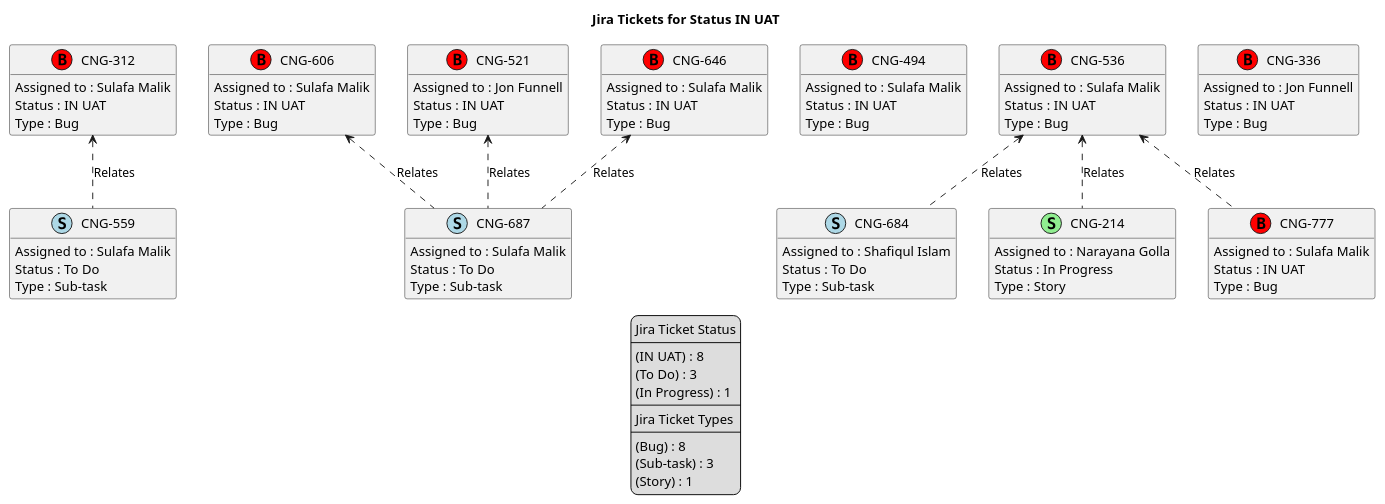
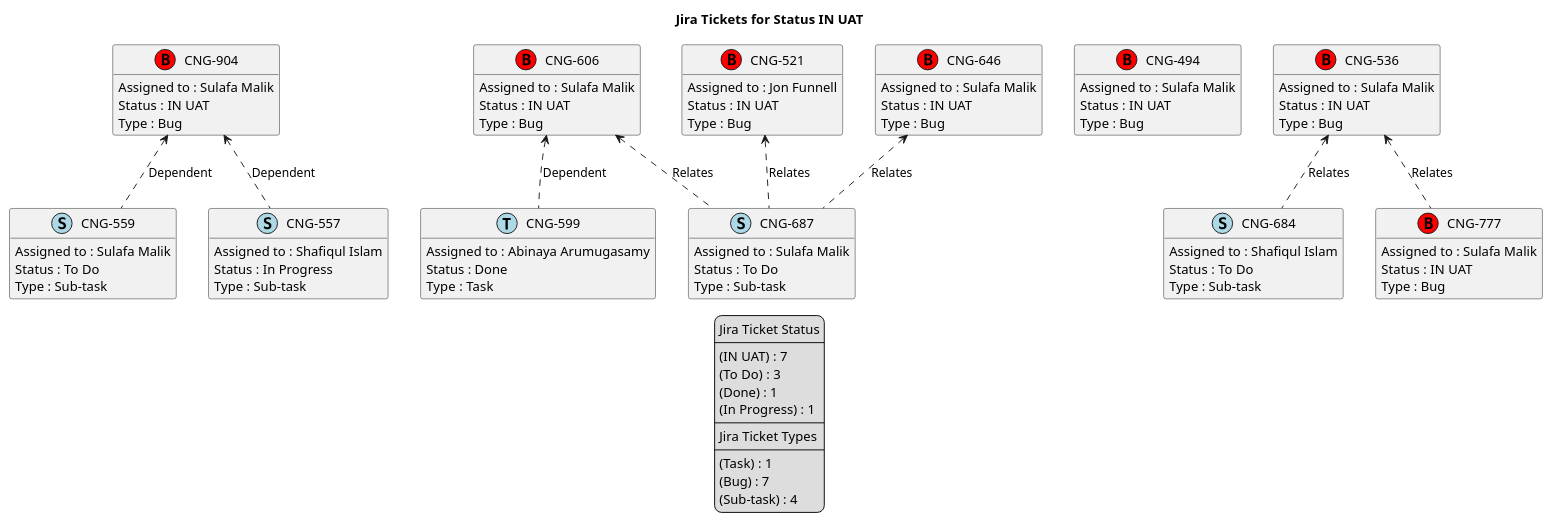
One commit to brunasti/jiraplotter changed the diagram in temp/jira-Status-IN_UAT.puml. Above: the diagram before and after it, drawn with PlantUML. The commit also changed 175 other files, not shown here.

Commit message:
Regenerates all diagrams

```diff
--- a/temp/jira-Status-IN_UAT.puml
+++ b/temp/jira-Status-IN_UAT.puml
@@ -1,110 +1,112 @@
 @startuml
 'https://plantuml.com/class-diagram
 
 ' GENERATE CLASS DIAGRAM ===========
-' Generated at    : Thu Apr 18 11:01:10 CEST 2024
+' Generated at    : Thu Apr 18 11:50:48 CEST 2024
 
 title Jira Tickets for Status IN UAT
 hide empty members
 
 legend
 Jira Ticket Status
 ----
-(IN UAT) : 8
+(IN UAT) : 7
 (To Do) : 3
+(Done) : 1
 (In Progress) : 1
 ----
 Jira Ticket Types
 ----
-(Bug) : 8
-(Sub-task) : 3
-(Story) : 1
+(Task) : 1
+(Bug) : 7
+(Sub-task) : 4
 end legend
 
 
 ' Tickets =======
 class "CNG-559" << (S,lightblue) >> {
   Assigned to : Sulafa Malik
   Status : To Do
   Type : Sub-task
 }
 
 class "CNG-606" << (B,red) >> {
+  Assigned to : Sulafa Malik
+  Status : IN UAT
+  Type : Bug
+}
+
+class "CNG-904" << (B,red) >> {
   Assigned to : Sulafa Malik
   Status : IN UAT
   Type : Bug
 }
 
 class "CNG-494" << (B,red) >> {
   Assigned to : Sulafa Malik
   Status : IN UAT
   Type : Bug
 }
 
 class "CNG-684" << (S,lightblue) >> {
   Assigned to : Shafiqul Islam
   Status : To Do
   Type : Sub-task
 }
 
 class "CNG-521" << (B,red) >> {
   Assigned to : Jon Funnell
   Status : IN UAT
   Type : Bug
 }
 
-class "CNG-312" << (B,red) >> {
-  Assigned to : Sulafa Malik
-  Status : IN UAT
-  Type : Bug
-}
-
-class "CNG-336" << (B,red) >> {
-  Assigned to : Jon Funnell
-  Status : IN UAT
-  Type : Bug
-}
-
-class "CNG-214" << (S,lightgreen) >> {
-  Assigned to : Narayana Golla
-  Status : In Progress
-  Type : Story
-}
-
 class "CNG-687" << (S,lightblue) >> {
   Assigned to : Sulafa Malik
   Status : To Do
   Type : Sub-task
+}
+
+class "CNG-599" << (T,lightblue) >> {
+  Assigned to : Abinaya Arumugasamy
+  Status : Done
+  Type : Task
 }
 
 class "CNG-536" << (B,red) >> {
   Assigned to : Sulafa Malik
   Status : IN UAT
   Type : Bug
 }
 
 class "CNG-646" << (B,red) >> {
   Assigned to : Sulafa Malik
   Status : IN UAT
   Type : Bug
 }
 
 class "CNG-777" << (B,red) >> {
   Assigned to : Sulafa Malik
   Status : IN UAT
   Type : Bug
 }
 
+class "CNG-557" << (S,lightblue) >> {
+  Assigned to : Shafiqul Islam
+  Status : In Progress
+  Type : Sub-task
+}
+
 
 
 ' Links =======
-"CNG-536" <.. "CNG-214" : Relates
 "CNG-536" <.. "CNG-684" : Relates
 "CNG-536" <.. "CNG-777" : Relates
 "CNG-521" <.. "CNG-687" : Relates
 "CNG-646" <.. "CNG-687" : Relates
-"CNG-312" <.. "CNG-559" : Relates
+"CNG-606" <.. "CNG-599" : Dependent
 "CNG-606" <.. "CNG-687" : Relates
+"CNG-904" <.. "CNG-557" : Dependent
+"CNG-904" <.. "CNG-559" : Dependent
 
 
 @enduml
```
